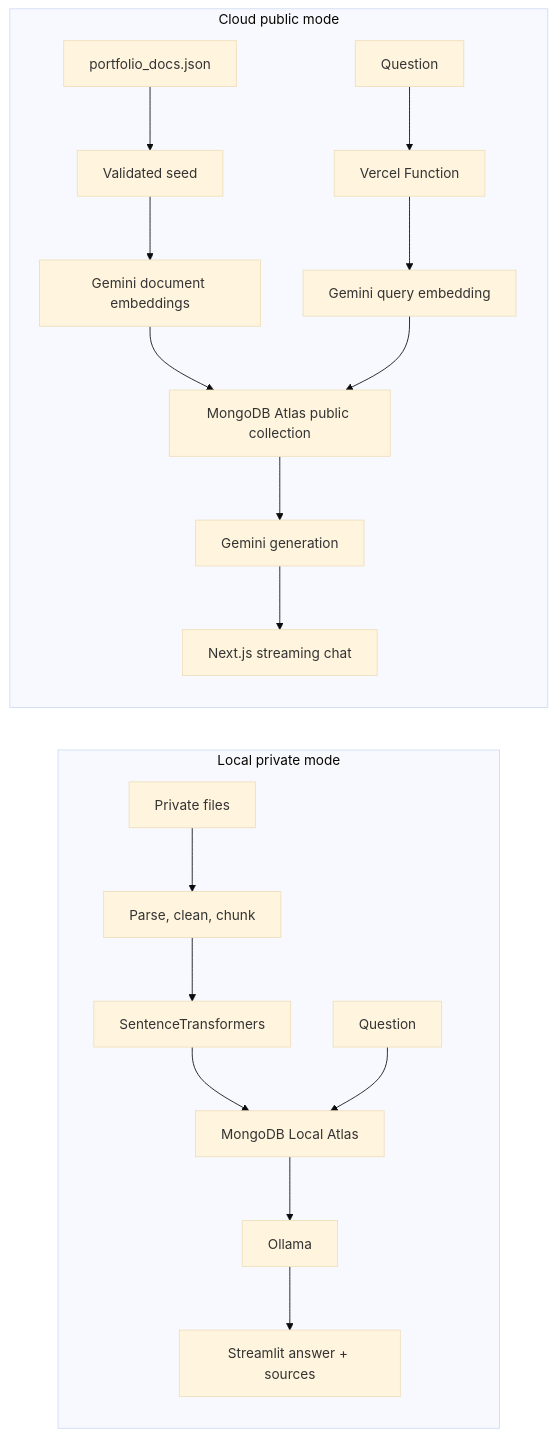
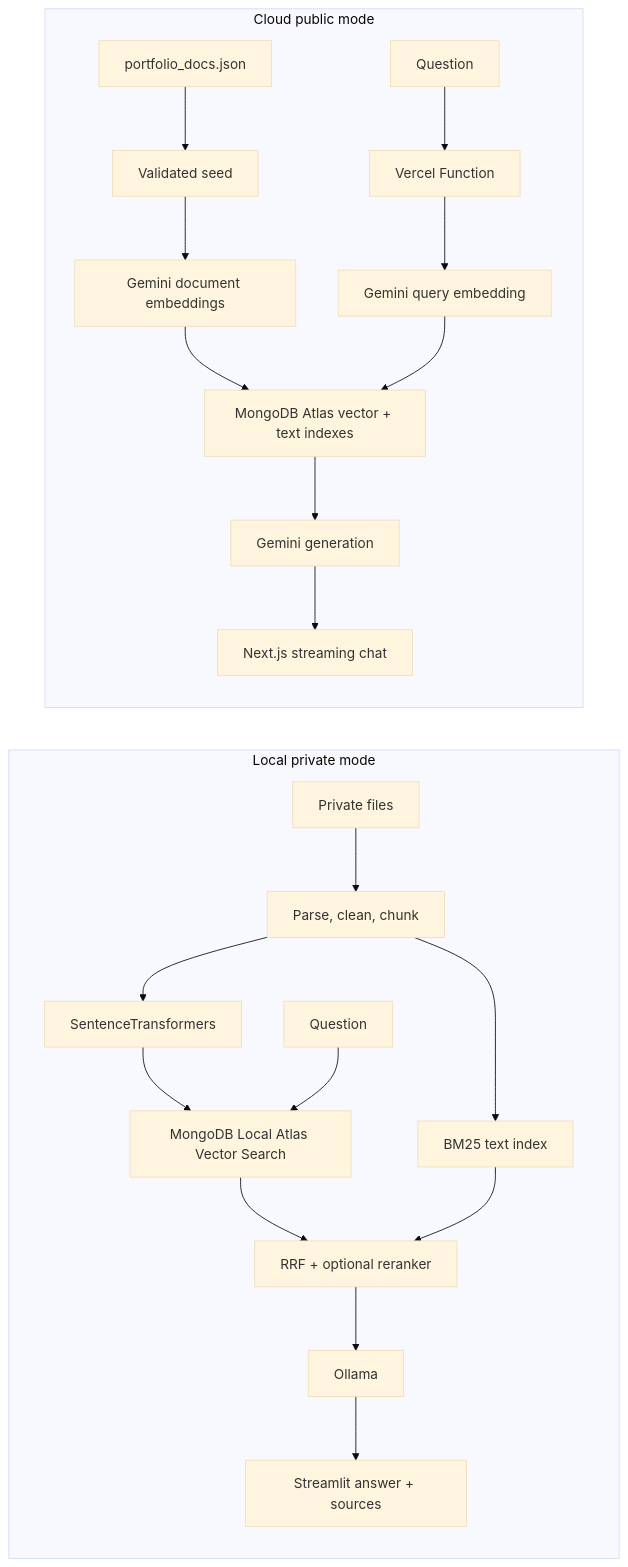
One commit to 666junyichen/local-rag-portfolio-assistant changed the diagram in README.md. Above: the diagram before and after it, drawn with Mermaid (base theme). The commit also changed other lines of this file and 40 other files, not shown here.

````diff
--- a/README.md
+++ b/README.md
@@ -22,16 +24,18 @@
 ```mermaid
 flowchart LR
   subgraph Local[Local private mode]
     LP[Private files] --> DP[Parse, clean, chunk]
     DP --> SE[SentenceTransformers]
-    SE --> ML[MongoDB Local Atlas]
-    QL[Question] --> ML --> OL[Ollama] --> SL[Streamlit answer + sources]
+    DP --> BT[BM25 text index]
+    SE --> ML[MongoDB Local Atlas Vector Search]
+    QL[Question] --> ML --> RF[RRF + optional reranker]
+    BT --> RF --> OL[Ollama] --> SL[Streamlit answer + sources]
   end
   subgraph Cloud[Cloud public mode]
     PJ[portfolio_docs.json] --> GS[Validated seed]
     GS --> GE[Gemini document embeddings]
-    GE --> MA[MongoDB Atlas public collection]
+    GE --> MA[MongoDB Atlas vector + text indexes]
     QC[Question] --> V[Vercel Function]
     V --> GQ[Gemini query embedding] --> MA --> GG[Gemini generation] --> NX[Next.js streaming chat]
   end
 ```
````
